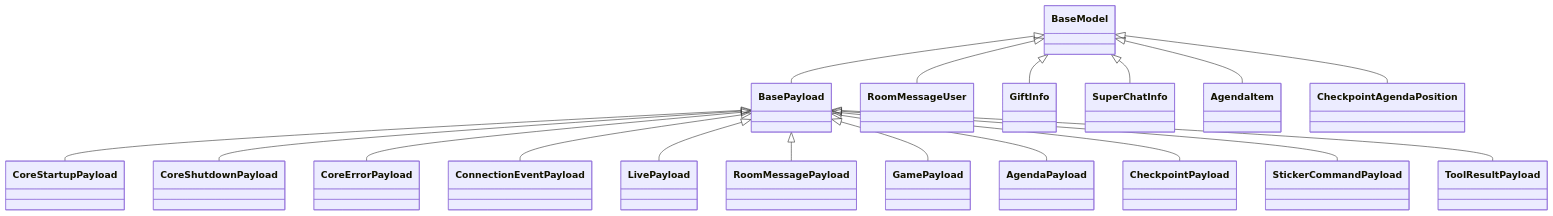
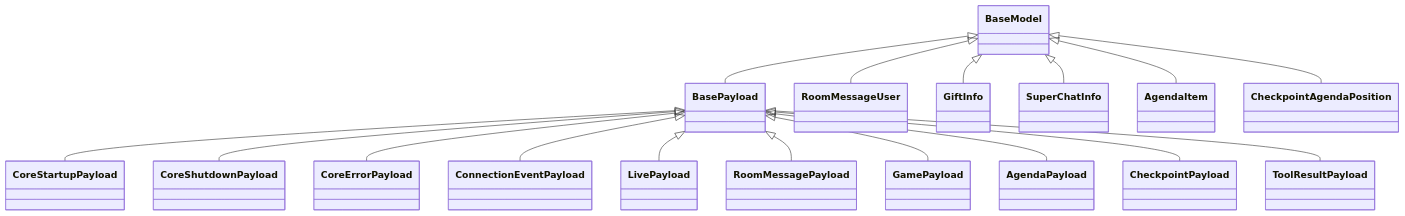
The second of 4 diagrams in docs/architecture/event-system.md (Mai-with-u/Amaidesu), drawn with Mermaid before and after one commit. The commit also changed other lines of this file and 17 other files, not shown here.

````diff
--- a/docs/architecture/event-system.md
+++ b/docs/architecture/event-system.md
@@ -333,20 +331,19 @@
 ```mermaid
 classDiagram
     BaseModel <|-- BasePayload
     BasePayload <|-- CoreStartupPayload
     BasePayload <|-- CoreShutdownPayload
     BasePayload <|-- CoreErrorPayload
     BasePayload <|-- ConnectionEventPayload
     BasePayload <|-- LivePayload
     BasePayload <|-- RoomMessagePayload
     BasePayload <|-- GamePayload
     BasePayload <|-- AgendaPayload
     BasePayload <|-- CheckpointPayload
-    BasePayload <|-- StickerCommandPayload
     BasePayload <|-- ToolResultPayload
     BaseModel <|-- RoomMessageUser
     BaseModel <|-- GiftInfo
     BaseModel <|-- SuperChatInfo
     BaseModel <|-- AgendaItem
     BaseModel <|-- CheckpointAgendaPosition
 ```
````
